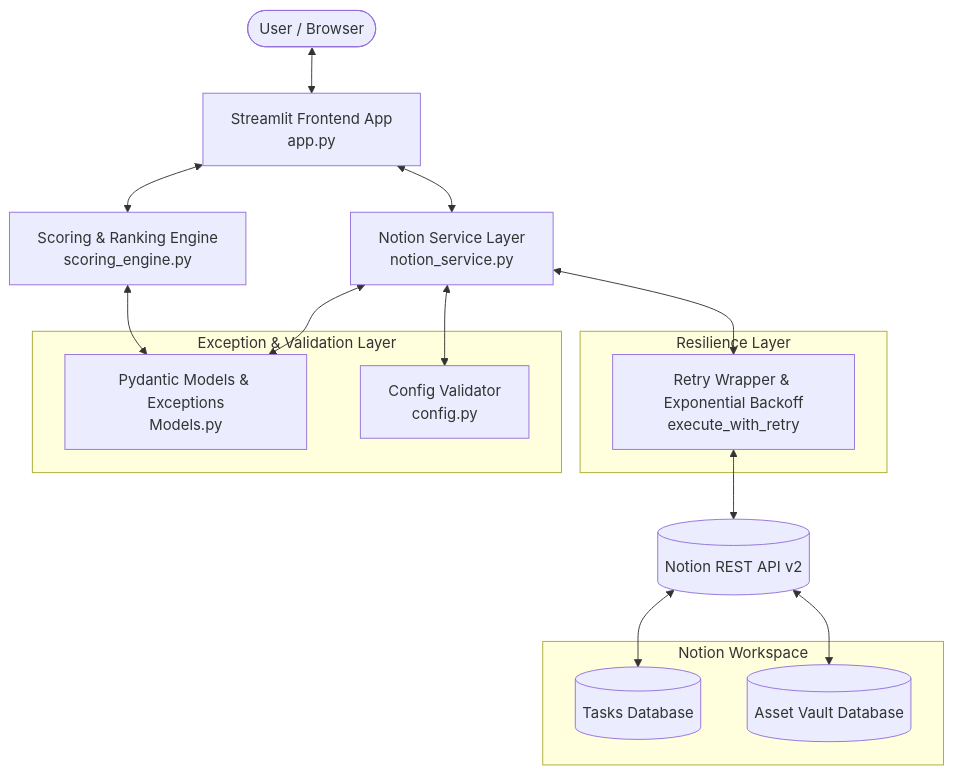
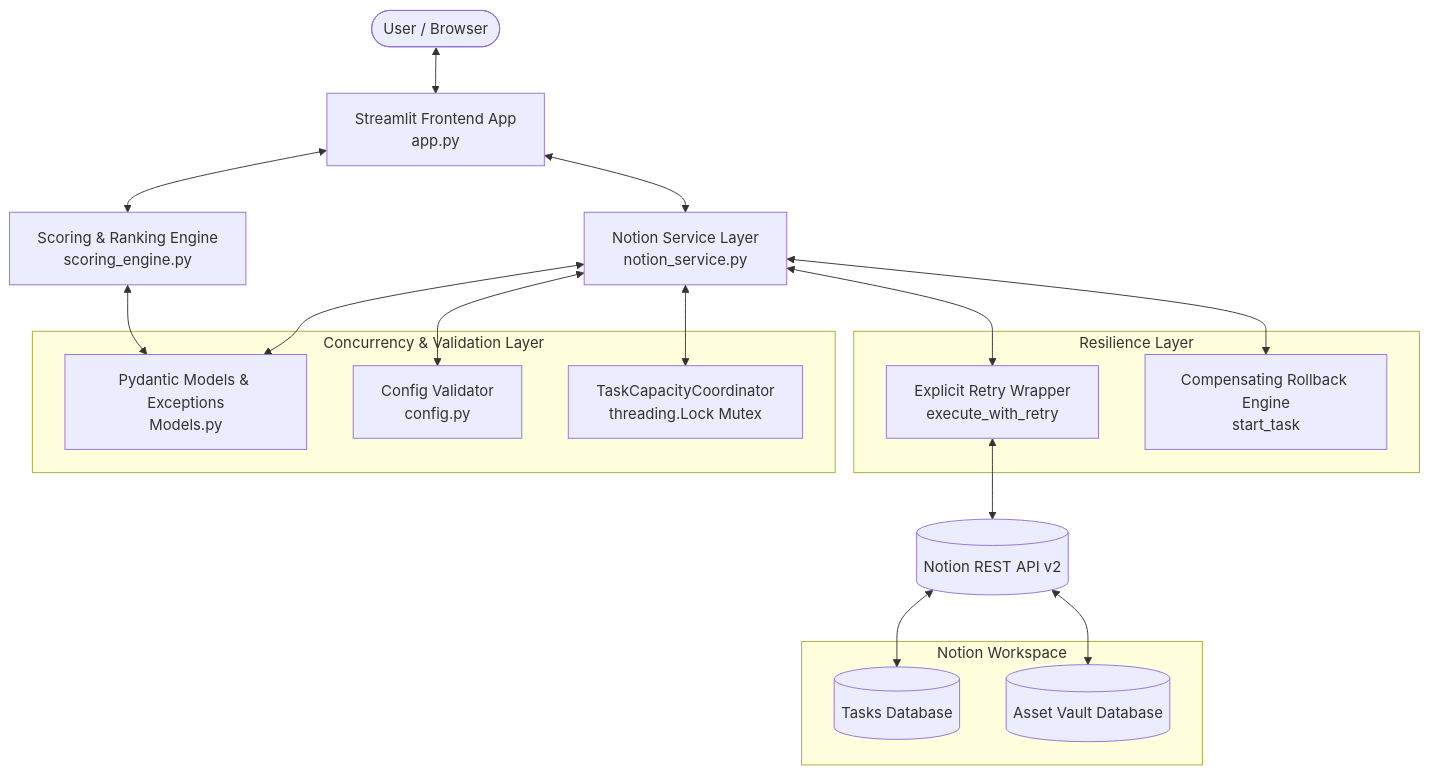
One commit to Tuhinshu/Second-Brain changed the first of 6 diagrams in ARCHITECTURE.md. Above: the diagram before and after it, drawn with Mermaid. The commit also changed other lines of this file and 12 other files, not shown here.

````diff
--- a/ARCHITECTURE.md
+++ b/ARCHITECTURE.md
@@ -7,30 +7,34 @@
 ```mermaid
 graph TD
     User([User / Browser]) <--> UI[Streamlit Frontend App<br>app.py]
     UI <--> Logic[Scoring & Ranking Engine<br>scoring_engine.py]
     UI <--> Service[Notion Service Layer<br>notion_service.py]
     
-    subgraph Exception & Validation Layer
+    subgraph Concurrency & Validation Layer
         Models[Pydantic Models & Exceptions<br>Models.py]
         Config[Config Validator<br>config.py]
+        Coord[TaskCapacityCoordinator<br>threading.Lock Mutex]
     end
     
     Service <--> Models
     Logic <--> Models
     Service <--> Config
+    Service <--> Coord
     
     subgraph Resilience Layer
-        Retry[Retry Wrapper & Exponential Backoff<br>execute_with_retry]
+        Retry[Explicit Retry Wrapper<br>execute_with_retry]
+        Rollback[Compensating Rollback Engine<br>start_task]
     end
     
     Service <--> Retry
+    Service <--> Rollback
     Retry <--> NotionAPI[(Notion REST API v2)]
     
     subgraph Notion Workspace
         TasksDB[(Tasks Database)]
         AssetsDB[(Asset Vault Database)]
     end
     
     NotionAPI <--> TasksDB
     NotionAPI <--> AssetsDB
 ```
````
